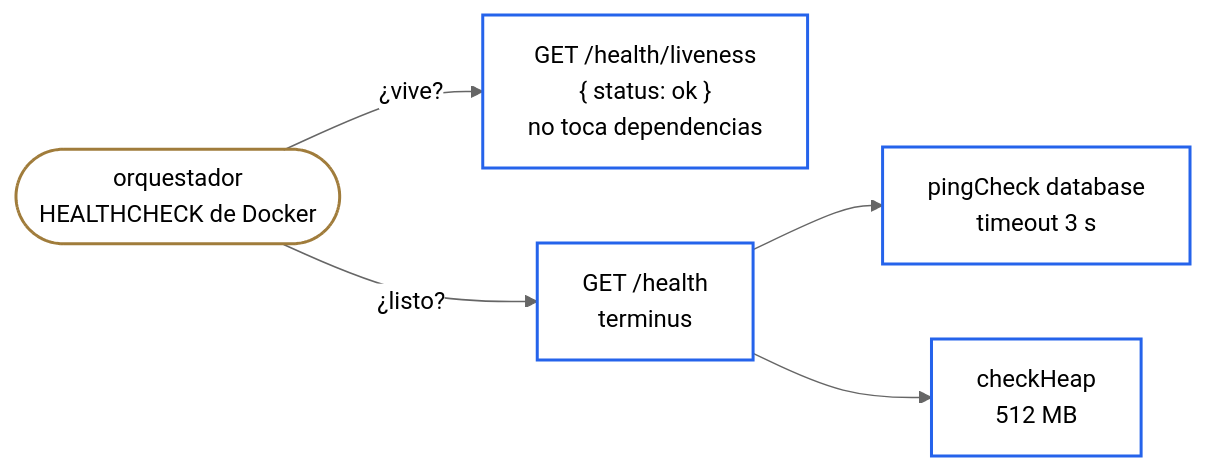
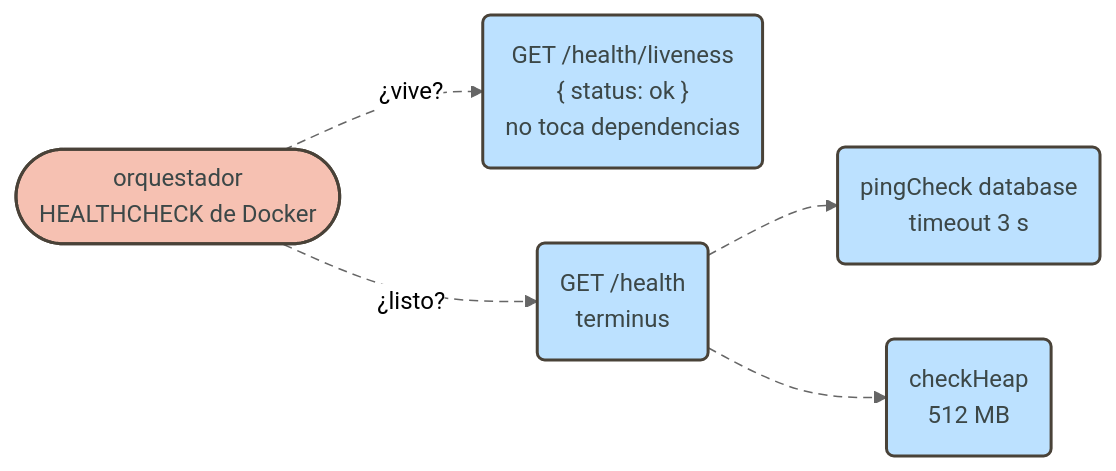
One commit to pcarroza91/nest-template changed diagram 17 of 19 in docs/architecture.md. Above: the diagram before and after it, drawn with Mermaid (neutral theme). The commit also changed other lines of this file and 2 other files, not shown here.

First line of the commit message:
docs(architecture): aplica el estilo pastel por rol a los diagramas Mermaid

````diff
--- a/docs/architecture.md
+++ b/docs/architecture.md
@@ -743,17 +718,18 @@
 ```mermaid
 flowchart LR
     K8S(["orquestador<br/>HEALTHCHECK de Docker"])
-    LIV["GET /health/liveness<br/>{ status: ok }<br/>no toca dependencias"]
-    RDY["GET /health<br/>terminus"]
-    DBP["pingCheck database<br/>timeout 3 s"]
-    MEM["checkHeap<br/>512 MB"]
+    LIV("GET /health/liveness<br/>{ status: ok }<br/>no toca dependencias")
+    RDY("GET /health<br/>terminus")
+    DBP("pingCheck database<br/>timeout 3 s")
+    MEM("checkHeap<br/>512 MB")
 
     K8S -- "¿vive?" --> LIV
     K8S -- "¿listo?" --> RDY
     RDY --> DBP & MEM
 
-    classDef feature fill:transparent,stroke:#2563eb,stroke-width:2px
-    classDef ext fill:transparent,stroke:#a07c3b,stroke-width:2px
-    class LIV,RDY,DBP,MEM feature
+    classDef entry fill:#bce1ff,stroke:#494238,stroke-width:2px,color:#3c4747
+    classDef ext fill:#f6c1b2,stroke:#494238,stroke-width:2px,color:#3c4747
+    class LIV,RDY,DBP,MEM entry
     class K8S ext
+    linkStyle default stroke-dasharray:6 4
 ```
````
